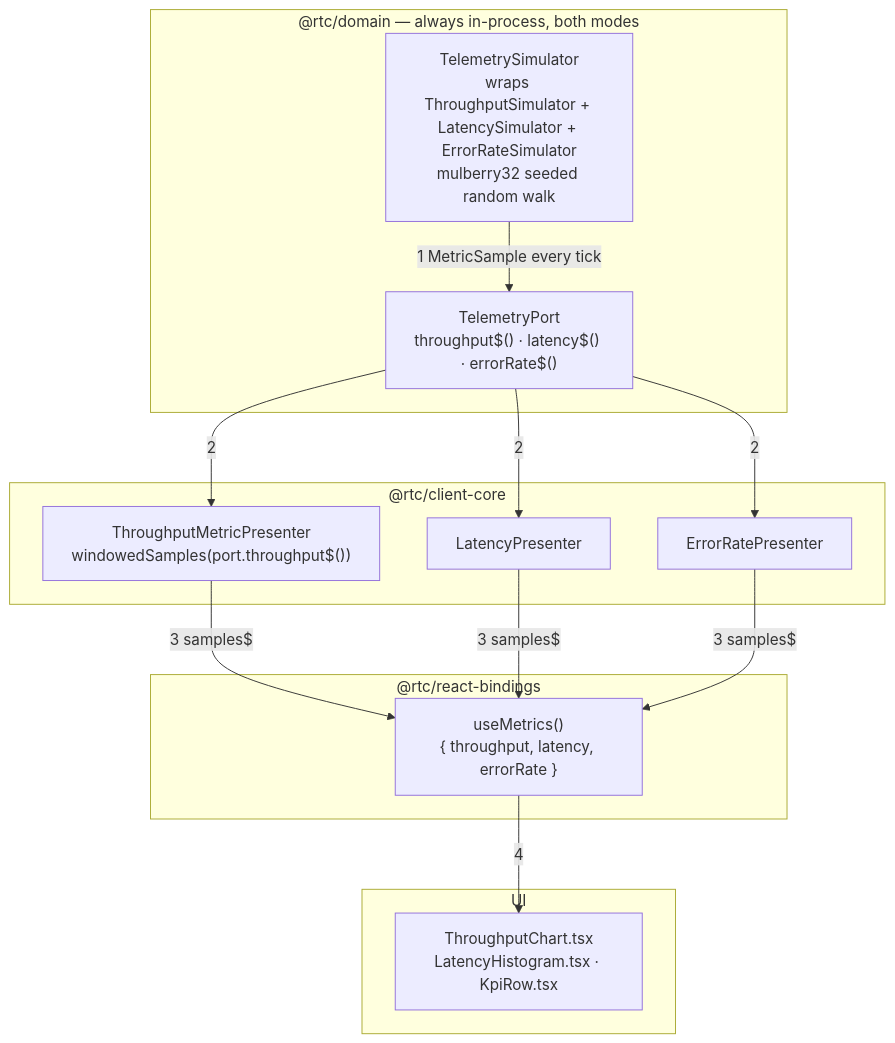
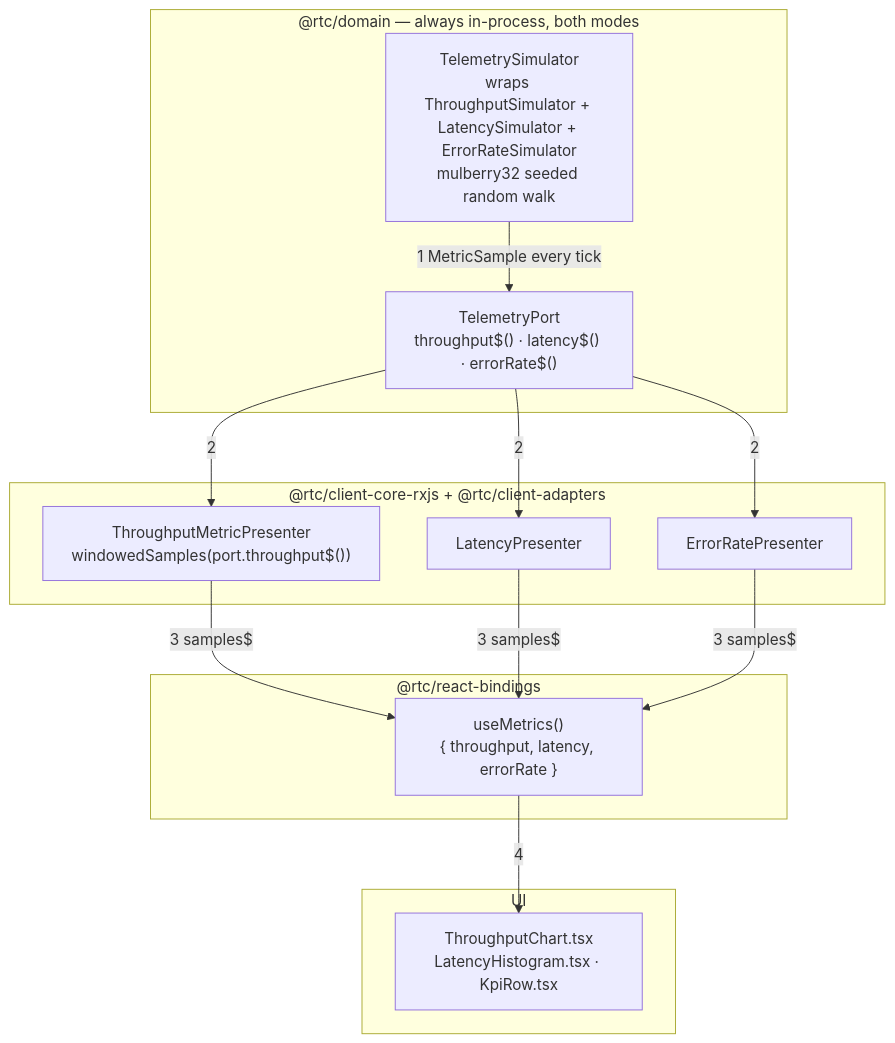
The sixth of 6 diagrams in docs/architecture/15-flows.md (bettersoftware-io/ReactiveTraderCloudClone), drawn with Mermaid before and after one commit. The commit also changed other lines of this file and 43 other files, not shown here.

First line of the commit message:
docs: the three sibling cores and @rtc/client-adapters; retire the import codemod

````diff
--- a/docs/architecture/15-flows.md
+++ b/docs/architecture/15-flows.md
@@ -260,20 +260,20 @@
 ```mermaid
 flowchart TB
     subgraph domainL["@rtc/domain — always in-process, both modes"]
         sim["TelemetrySimulator<br/>wraps ThroughputSimulator + LatencySimulator + ErrorRateSimulator<br/>mulberry32 seeded random walk"]:::domain
         port["TelemetryPort<br/>throughput$() · latency$() · errorRate$()"]:::domain
     end
-    subgraph core["@rtc/client-core"]
+    subgraph core["@rtc/client-core-rxjs + @rtc/client-adapters"]
         presT["ThroughputMetricPresenter<br/>windowedSamples(port.throughput$())"]:::core
         presL["LatencyPresenter"]:::core
         presE["ErrorRatePresenter"]:::core
     end
     subgraph bindings["@rtc/react-bindings"]
         hook["useMetrics()<br/>{ throughput, latency, errorRate }"]:::bridge
     end
     subgraph ui["UI"]
         chart["ThroughputChart.tsx<br/>LatencyHistogram.tsx · KpiRow.tsx"]:::ui
     end
 
     sim -->|"1 MetricSample every tick"| port -->|"2"| presT & presL & presE -->|"3 samples$"| hook -->|"4"| chart
 ```
````
